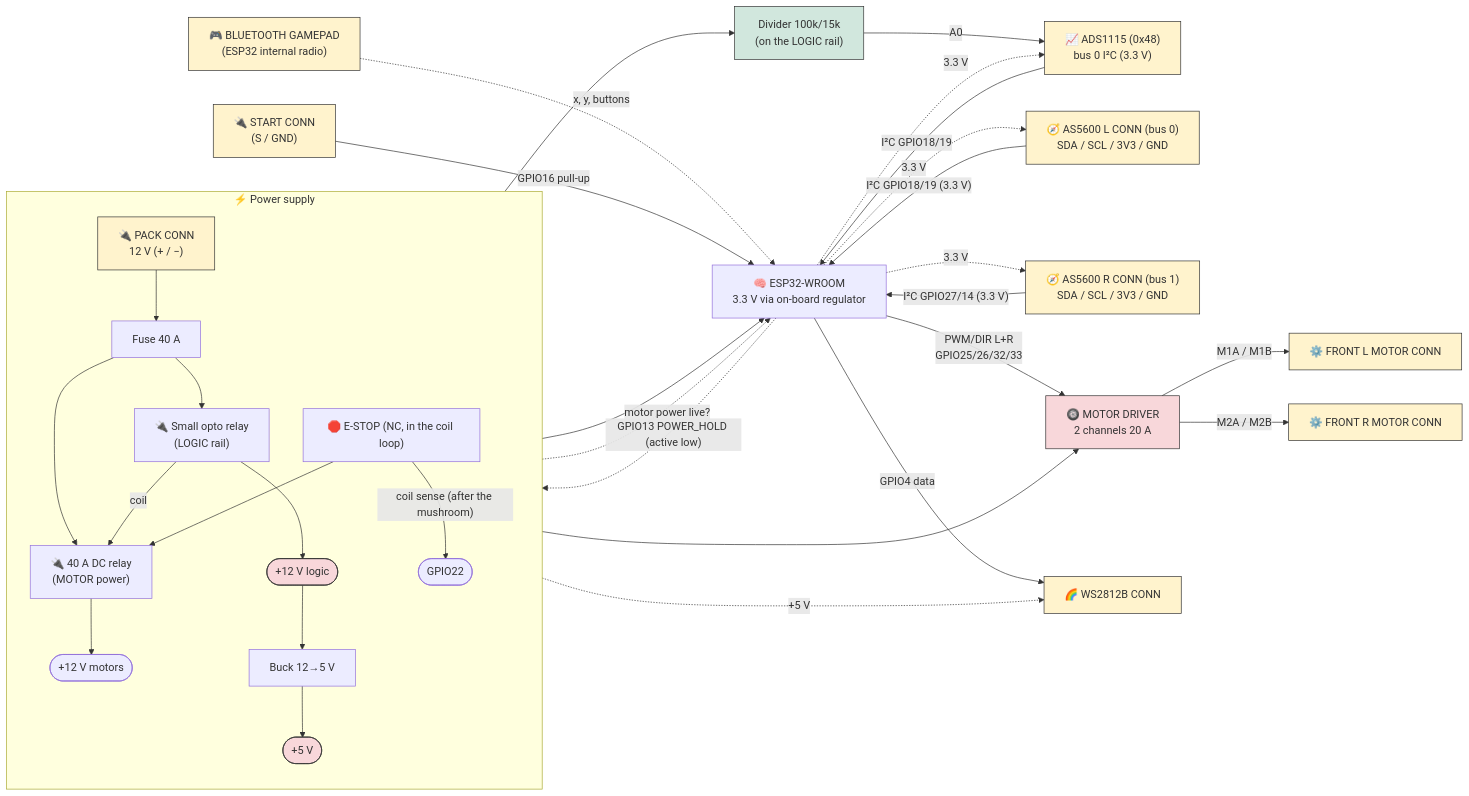
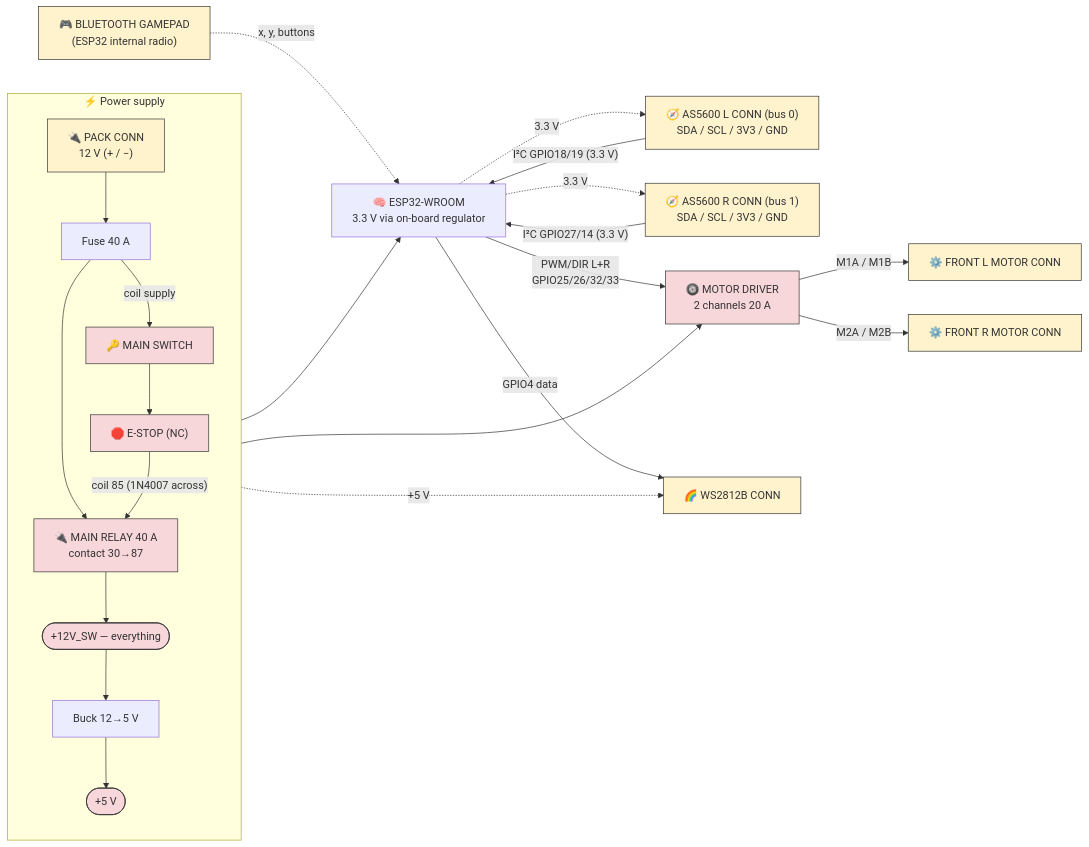
Before and after one commit to pinkymaxou/powered-soapbox-car: the seventh of 9 diagrams in README.md, drawn with Mermaid. The commit also changed other lines of this file and 38 other files, not shown here.

````diff
--- a/README.md
+++ b/README.md
@@ -523,44 +520,32 @@
 ```mermaid
 flowchart LR
     subgraph PWR["⚡ Power supply"]
         direction TB
-        PA["🔌 PACK CONN<br/>12 V (+ / −)"] --> FA["Fuse 40 A"] --> SR["🔌 Small opto relay<br/>(LOGIC rail)"]
-        FA --> BR["🔌 40 A DC relay<br/>(MOTOR power)"]
-        SR --> RAIL(["+12 V logic"])
-        SR -->|"coil"| BR
-        ESTOP["🛑 E-STOP (NC, in the coil loop)"] --> BR
-        BR --> MPWR(["+12 V motors"])
-        ESTOP -->|"coil sense (after the mushroom)"| SENSE(["GPIO22"])
+        PA["🔌 PACK CONN<br/>12 V (+ / −)"] --> FA["Fuse 40 A"] --> BR["🔌 MAIN RELAY 40 A<br/>contact 30→87"]
+        FA -->|"coil supply"| MSW["🔑 MAIN SWITCH"] --> ESTOP["🛑 E-STOP (NC)"] -->|"coil 85 (1N4007 across)"| BR
+        BR --> RAIL(["+12V_SW — everything"])
         RAIL --> BUCK["Buck 12→5 V"] --> V5(["+5 V"])
     end
 
     ESP["🧠 ESP32-WROOM<br/>3.3 V via on-board regulator"]
     V5 --> ESP
-    ESP -. "GPIO13 POWER_HOLD (active low)" .-> SR
-    SENSE -.->|"motor power live?"| ESP
 
     PAD["🎮 BLUETOOTH GAMEPAD<br/>(ESP32 internal radio)"] -.->|"x, y, buttons"| ESP
-    RAIL --> DIVB["Divider 100k/15k<br/>(on the LOGIC rail)"] -->|"A0"| ADS["📈 ADS1115 (0x48)<br/>bus 0 I²C (3.3 V)"]
-    ADS -->|"I²C GPIO18/19"| ESP
     EG["🧭 AS5600 L CONN (bus 0)<br/>SDA / SCL / 3V3 / GND"] -->|"I²C GPIO18/19 (3.3 V)"| ESP
     ED["🧭 AS5600 R CONN (bus 1)<br/>SDA / SCL / 3V3 / GND"] -->|"I²C GPIO27/14 (3.3 V)"| ESP
-    BST["🔌 START CONN<br/>(S / GND)"] -->|"GPIO16 pull-up"| ESP
 
     ESP -->|"PWM/DIR L+R<br/>GPIO25/26/32/33"| DRV["🛞 MOTOR DRIVER<br/>2 channels 20 A"]
     RAIL --> DRV
     DRV -->|"M1A / M1B"| MG["⚙️ FRONT L MOTOR CONN"]
     DRV -->|"M2A / M2B"| MD["⚙️ FRONT R MOTOR CONN"]
     ESP -->|"GPIO4 data"| WS["🌈 WS2812B CONN"]
 
     V5 -. "+5 V" .-> WS
     ESP -. "3.3 V" .-> EG
     ESP -. "3.3 V" .-> ED
-    ESP -. "3.3 V" .-> ADS
 
     classDef pwr fill:#f8d7da,stroke:#333;
     classDef conn fill:#fff3cd,stroke:#333;
-    classDef cond fill:#d1e7dd,stroke:#333;
-    class RAIL,V5,LATCH,DRV pwr;
-    class PA,PB,PAD,EG,ED,ADS,BST,MG,MD,WS conn;
-    class DIVB cond;
+    class RAIL,V5,BR,MSW,ESTOP,DRV pwr;
+    class PA,PAD,EG,ED,MG,MD,WS conn;
 ```
````
